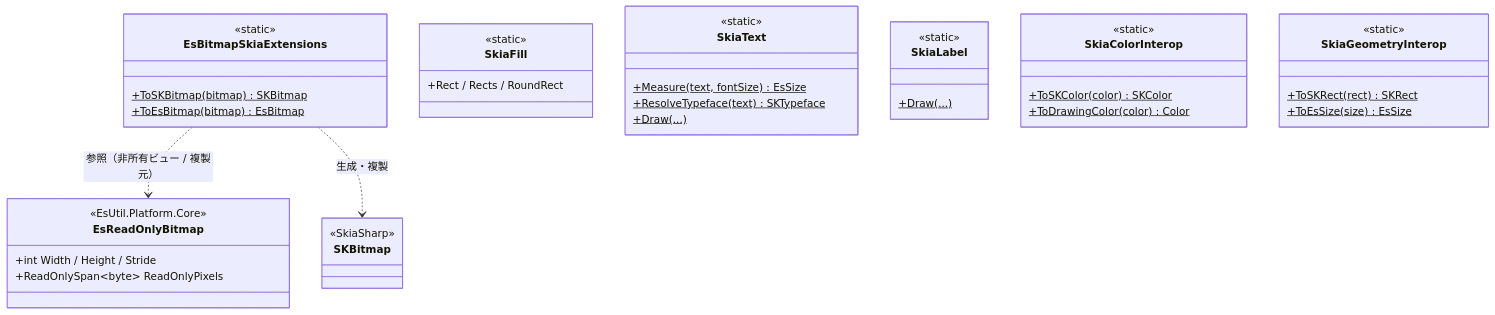
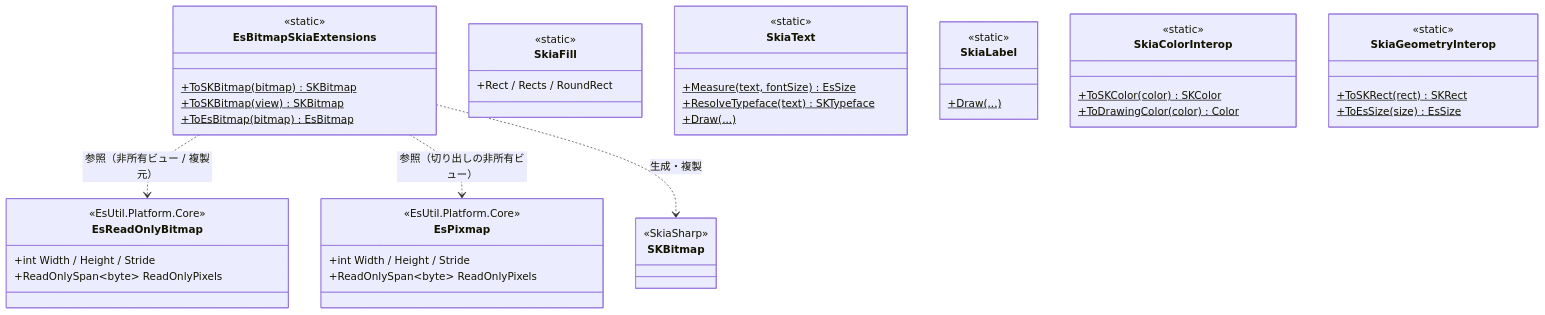
The second of 4 diagrams in src/Platform.Skia/docs/SPEC_System.md (tomokuni/SaveEvidence), drawn with Mermaid before and after one commit. The commit also changed other lines of this file and 21 other files, not shown here.

````diff
--- a/src/Platform.Skia/docs/SPEC_System.md
+++ b/src/Platform.Skia/docs/SPEC_System.md
@@ -81,43 +81,50 @@
 ```mermaid
 classDiagram
   class EsBitmapSkiaExtensions {
     <<static>>
     +ToSKBitmap(bitmap)$ SKBitmap
+    +ToSKBitmap(view)$ SKBitmap
     +ToEsBitmap(bitmap)$ EsBitmap
   }
   class SkiaFill {
     <<static>>
     +Rect / Rects / RoundRect
   }
   class SkiaText {
     <<static>>
     +Measure(text, fontSize)$ EsSize
     +ResolveTypeface(text)$ SKTypeface
     +Draw(...)$
   }
   class SkiaLabel {
     <<static>>
     +Draw(...)$
   }
   class SkiaColorInterop {
     <<static>>
     +ToSKColor(color)$ SKColor
     +ToDrawingColor(color)$ Color
   }
   class SkiaGeometryInterop {
     <<static>>
     +ToSKRect(rect)$ SKRect
     +ToEsSize(size)$ EsSize
   }
   class EsReadOnlyBitmap {
     <<EsUtil.Platform.Core>>
     +int Width / Height / Stride
     +ReadOnlySpan~byte~ ReadOnlyPixels
   }
+  class EsPixmap {
+    <<EsUtil.Platform.Core>>
+    +int Width / Height / Stride
+    +ReadOnlySpan~byte~ ReadOnlyPixels
+  }
   class SKBitmap {
     <<SkiaSharp>>
   }
 
   EsBitmapSkiaExtensions ..> EsReadOnlyBitmap : 参照（非所有ビュー / 複製元）
+  EsBitmapSkiaExtensions ..> EsPixmap : 参照（切り出しの非所有ビュー）
   EsBitmapSkiaExtensions ..> SKBitmap : 生成・複製
 ```
````
